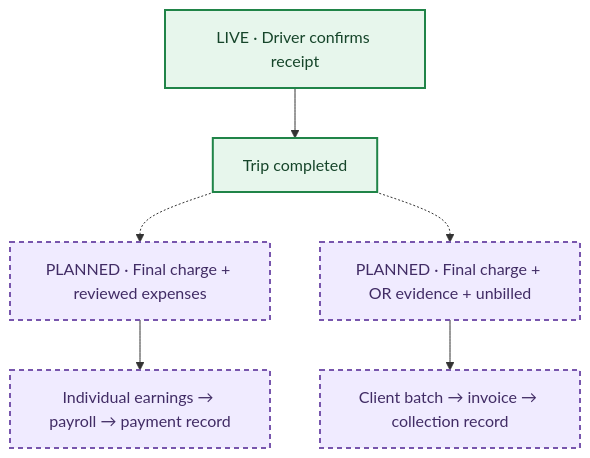
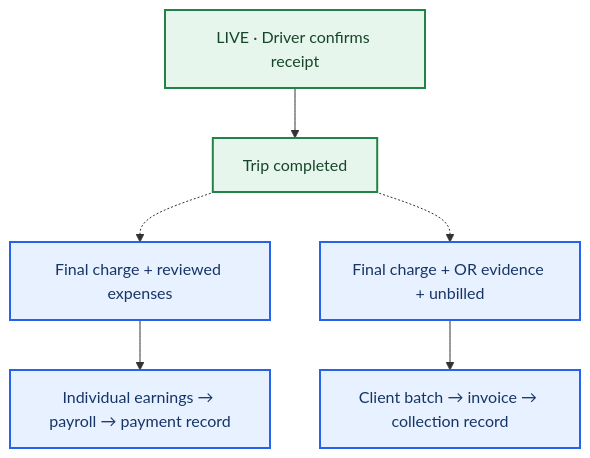
The fourth of 4 diagrams in docs/taxonomy.md (DanielVilla1/BM_Enterprises_Integration), drawn with Mermaid before and after one commit. The commit also changed other lines of this file and 104 other files, not shown here.

````diff
--- a/docs/taxonomy.md
+++ b/docs/taxonomy.md
@@ -152,12 +151,12 @@
 ```mermaid
 flowchart TB
     accTitle: Completion is separate from finance
     accDescr: Completed operations feed independent payroll and billing readiness checks; one branch never waits for payment on the other.
     trip["LIVE · Driver confirms receipt"]:::done --> complete["Trip completed"]:::done
-    complete -.-> payrollReady["PLANNED · Final charge + reviewed expenses"]:::planned
-    complete -.-> billReady["PLANNED · Final charge + OR evidence + unbilled"]:::planned
-    payrollReady --> payroll["Individual earnings → payroll → payment record"]:::planned
-    billReady --> billing["Client batch → invoice → collection record"]:::planned
+    complete -.-> payrollReady["Final charge + reviewed expenses"]:::action
+    complete -.-> billReady["Final charge + OR evidence + unbilled"]:::action
+    payrollReady --> payroll["Individual earnings → payroll → payment record"]:::action
+    billReady --> billing["Client batch → invoice → collection record"]:::action
     classDef done fill:#e7f6ec,stroke:#208448,color:#16452a,stroke-width:2px
-    classDef planned fill:#f0ebff,stroke:#7856ad,color:#412c65,stroke-width:2px,stroke-dasharray:5 4
+    classDef action fill:#e8f1ff,stroke:#2563eb,color:#163566,stroke-width:2px
 ```
````
